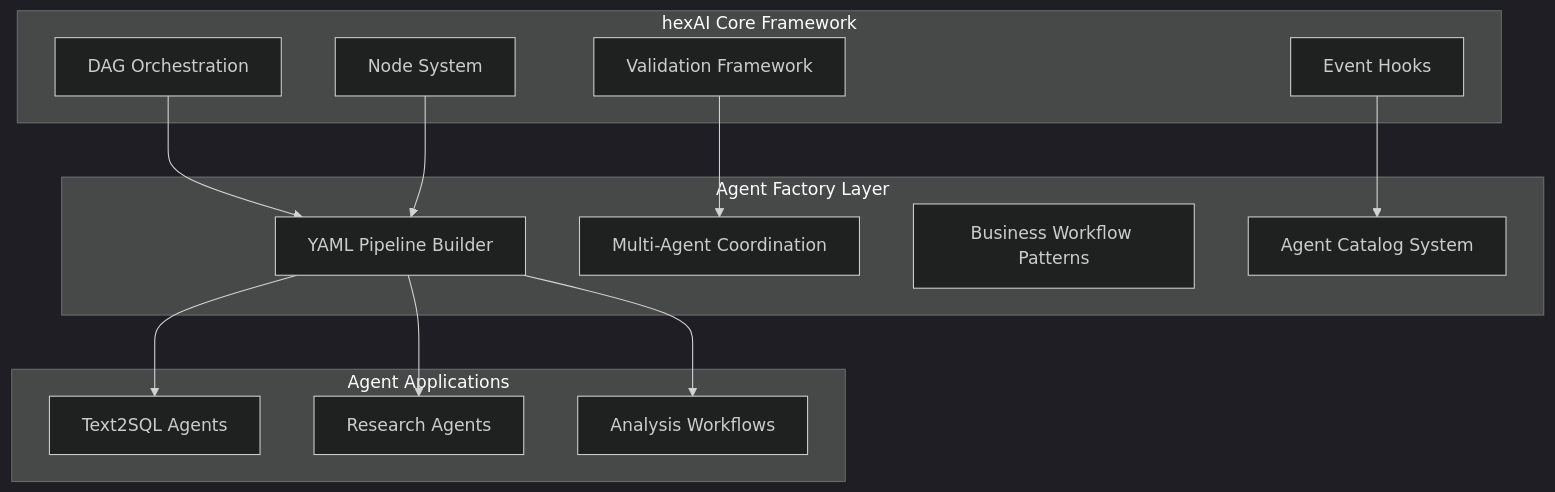
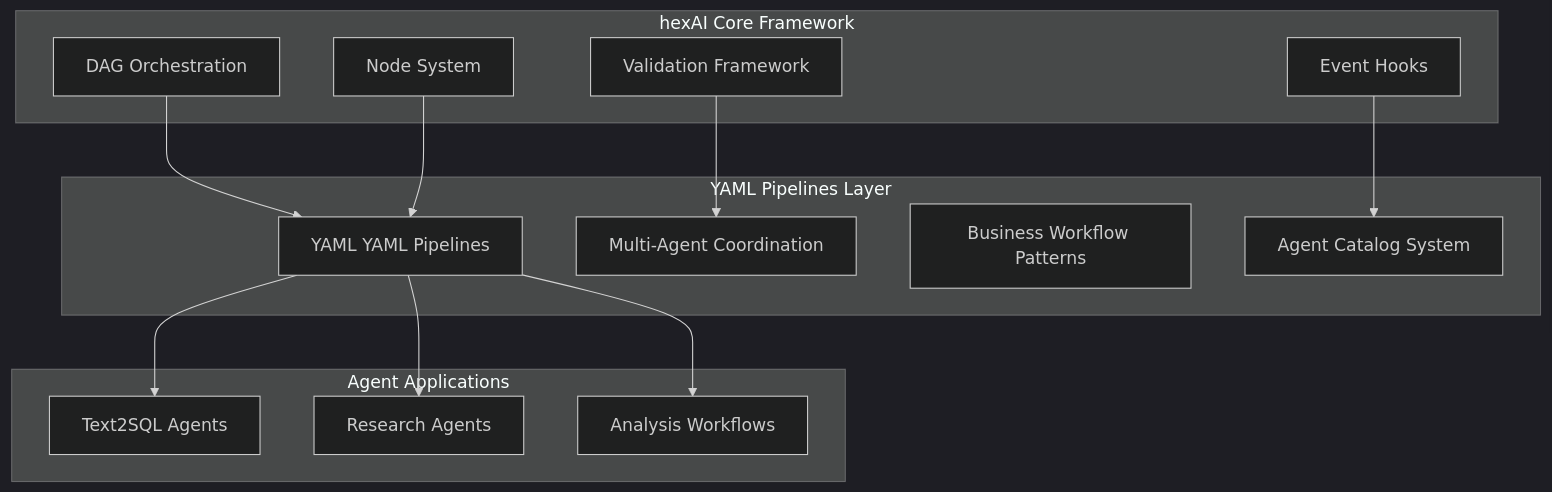
The diagram in docs/ROADMAP.md (omniviser/hexDAG), drawn with Mermaid (dark theme) before and after one commit. The commit also changed other lines of this file and 96 other files, not shown here.

````diff
--- a/docs/ROADMAP.md
+++ b/docs/ROADMAP.md
@@ -12,30 +12,30 @@
 ```mermaid
 graph TD
     subgraph "hexAI Core Framework"
         A[DAG Orchestration]
         B[Node System]
         C[Validation Framework]
         D[Event Hooks]
     end
 
-    subgraph "Agent Factory Layer"
-        E[YAML Pipeline Builder]
+    subgraph "YAML Pipelines Layer"
+        E[YAML YAML Pipelines]
         F[Multi-Agent Coordination]
         G[Business Workflow Patterns]
         H[Agent Catalog System]
     end
 
     subgraph "Agent Applications"
         I[Text2SQL Agents]
         J[Research Agents]
         K[Analysis Workflows]
     end
 
     A --> E
     B --> E
     C --> F
     D --> H
     E --> I
     E --> J
     E --> K
 ```
````
